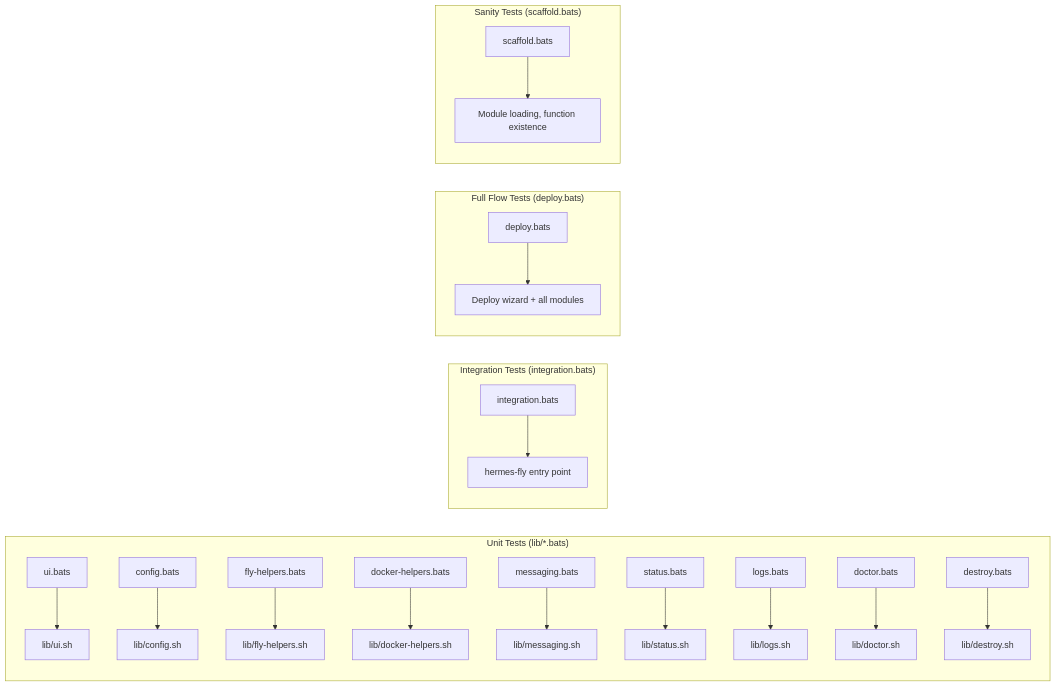
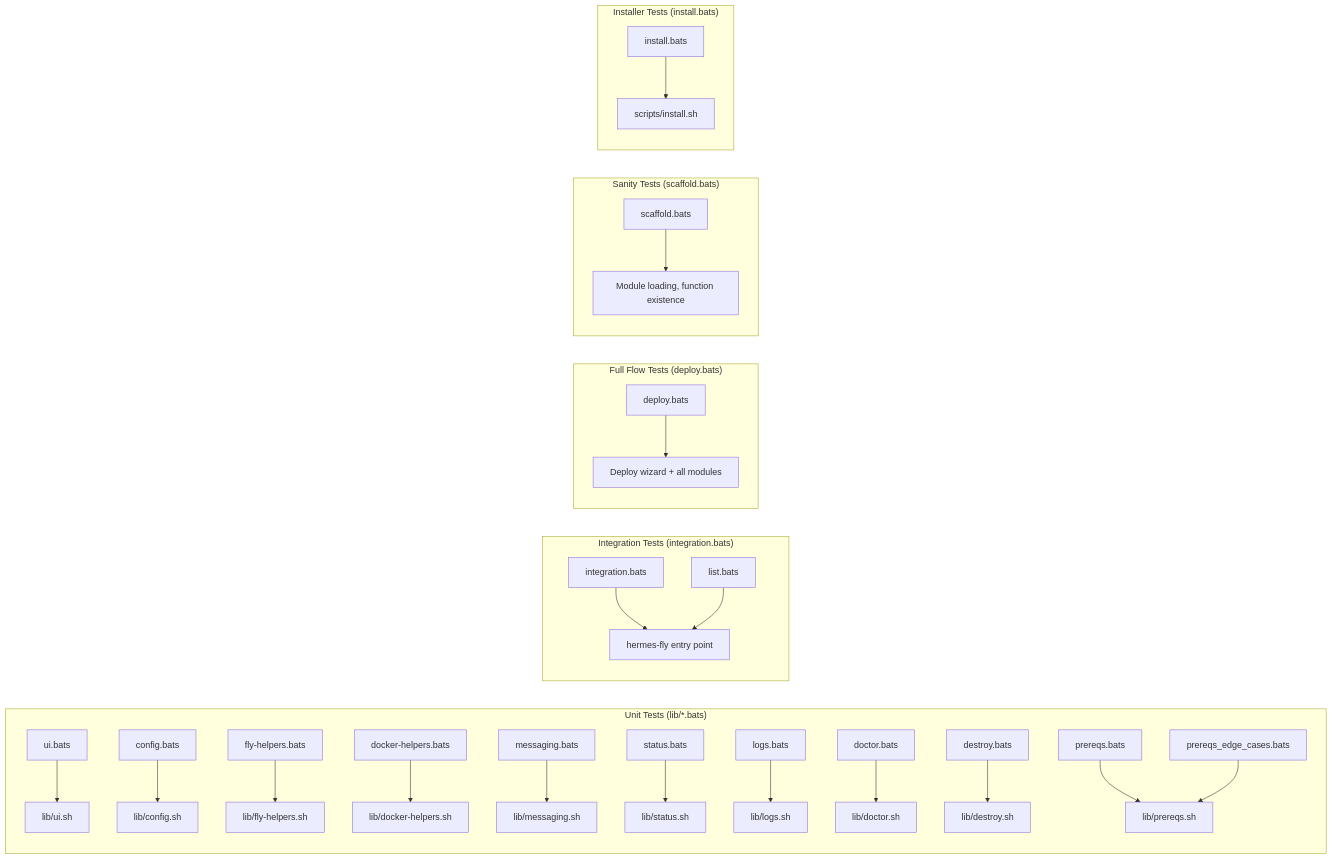
Before and after one commit to AxDSan/hermes-fly: the diagram in docs/psf/05-testing-and-qa.md, drawn with Mermaid. The commit also changed other lines of this file and 7 other files, not shown here.

````diff
--- a/docs/psf/05-testing-and-qa.md
+++ b/docs/psf/05-testing-and-qa.md
@@ -327,23 +338,29 @@
 ```mermaid
 graph LR
     subgraph "Unit Tests (lib/*.bats)"
         T_UI["ui.bats"] --> M_UI["lib/ui.sh"]
         T_CFG["config.bats"] --> M_CFG["lib/config.sh"]
         T_FLY["fly-helpers.bats"] --> M_FLY["lib/fly-helpers.sh"]
         T_DOCKER["docker-helpers.bats"] --> M_DOCKER["lib/docker-helpers.sh"]
         T_MSG["messaging.bats"] --> M_MSG["lib/messaging.sh"]
         T_STAT["status.bats"] --> M_STAT["lib/status.sh"]
         T_LOG["logs.bats"] --> M_LOG["lib/logs.sh"]
         T_DOC["doctor.bats"] --> M_DOC["lib/doctor.sh"]
         T_DEST["destroy.bats"] --> M_DEST["lib/destroy.sh"]
+        T_PREREQS["prereqs.bats"] --> M_PREREQS["lib/prereqs.sh"]
+        T_PREREQS_EDGE["prereqs_edge_cases.bats"] --> M_PREREQS
     end
     subgraph "Integration Tests (integration.bats)"
         T_INT["integration.bats"] --> ENTRY["hermes-fly entry point"]
+        T_LIST["list.bats"] --> ENTRY
     end
     subgraph "Full Flow Tests (deploy.bats)"
         T_DEPLOY["deploy.bats"] --> ALL["Deploy wizard + all modules"]
     end
     subgraph "Sanity Tests (scaffold.bats)"
         T_SCAFF["scaffold.bats"] --> LOAD["Module loading, function existence"]
     end
+    subgraph "Installer Tests (install.bats)"
+        T_INSTALL["install.bats"] --> INSTALLER["scripts/install.sh"]
+    end
 ```
````
